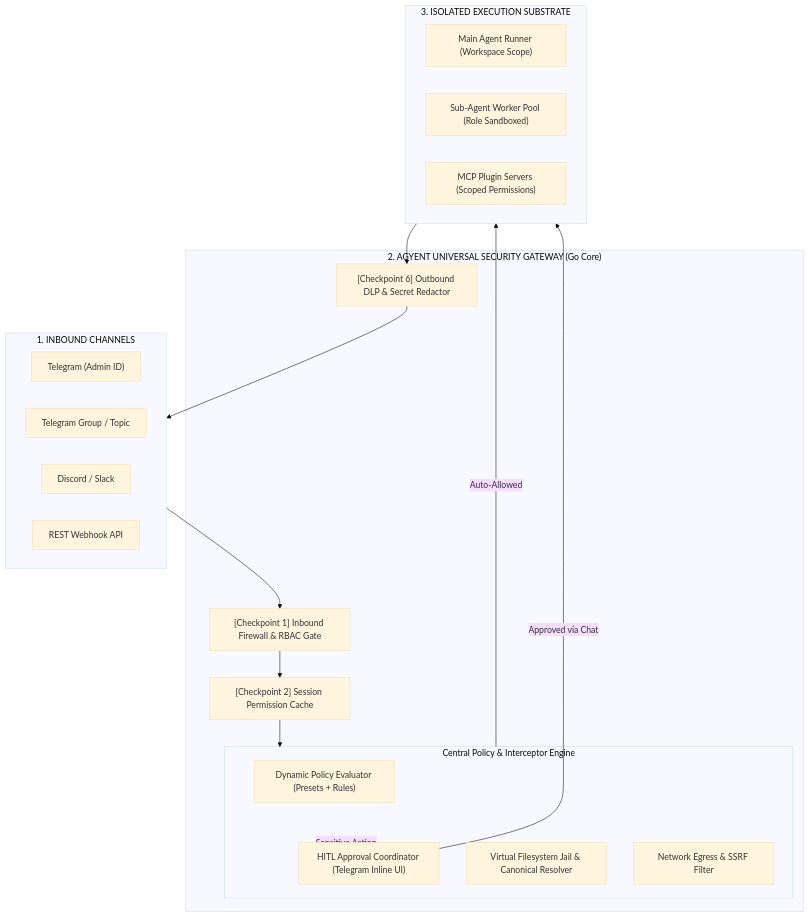
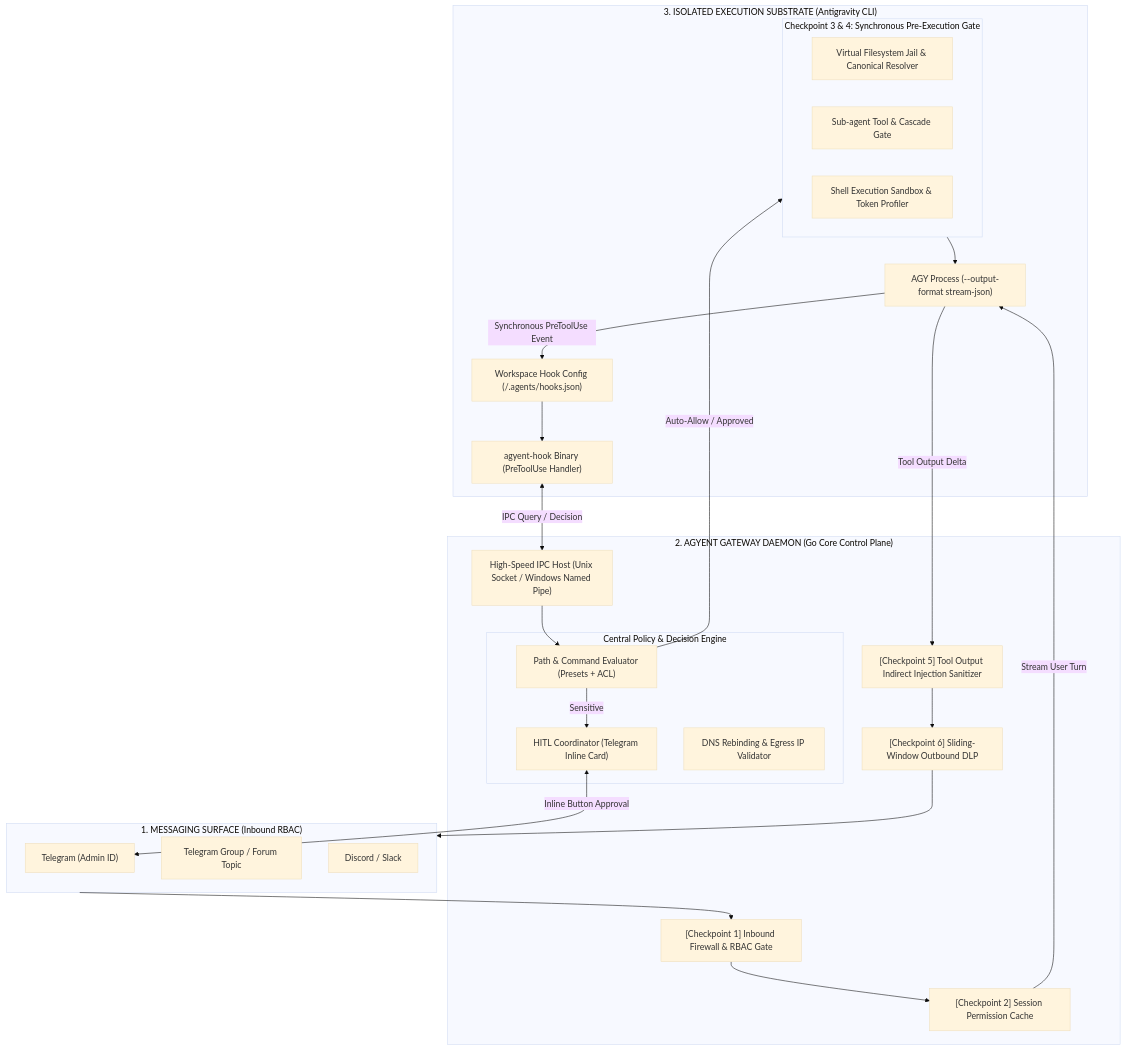
The first of 2 diagrams in docs/security-and-guardrails-architecture.md (khanhbkqt/agyent), drawn with Mermaid (base theme) before and after one commit. The commit also changed other lines of this file and 36 other files, not shown here.

First line of the commit message:
feat(security): implement Milestone 14 Universal AI Security Gateway & Dual-Plane Guardrails

````diff
--- a/docs/security-and-guardrails-architecture.md
+++ b/docs/security-and-guardrails-architecture.md
@@ -24,34 +28,47 @@
 ```mermaid
 flowchart TB
-    subgraph Channels ["1. INBOUND CHANNELS"]
+    subgraph Channels ["1. MESSAGING SURFACE (Inbound RBAC)"]
         TG_Admin["Telegram (Admin ID)"]
-        TG_Group["Telegram Group / Topic"]
+        TG_Group["Telegram Group / Forum Topic"]
         Discord["Discord / Slack"]
-        Webhook["REST Webhook API"]
     end
 
-    subgraph GatewayCore ["2. AGYENT UNIVERSAL SECURITY GATEWAY (Go Core)"]
+    subgraph GatewayCore ["2. AGYENT GATEWAY DAEMON (Go Core Control Plane)"]
         InboundGate["[Checkpoint 1] Inbound Firewall & RBAC Gate"]
         SessionCtx["[Checkpoint 2] Session Permission Cache"]
+        IPCHost["High-Speed IPC Host (Unix Socket / Windows Named Pipe)"]
         
-        subgraph InterceptorEngine ["Central Policy & Interceptor Engine"]
-            PolicyEngine["Dynamic Policy Evaluator (Presets + Rules)"]
-            HITL["HITL Approval Coordinator (Telegram Inline UI)"]
-            PathJail["Virtual Filesystem Jail & Canonical Resolver"]
-            SSRFGuard["Network Egress & SSRF Filter"]
+        subgraph PolicyEngine ["Central Policy & Decision Engine"]
+            RuleMatcher["Path & Command Evaluator (Presets + ACL)"]
+            HITLCoord["HITL Coordinator (Telegram Inline Card)"]
+            SSRFResolver["DNS Rebinding & Egress IP Validator"]
         end
 
-        OutboundDLP["[Checkpoint 6] Outbound DLP & Secret Redactor"]
+        ToolOutputFilter["[Checkpoint 5] Tool Output Indirect Injection Sanitizer"]
+        SlidingDLP["[Checkpoint 6] Sliding-Window Outbound DLP"]
     end
 
-    subgraph ExecutionLayer ["3. ISOLATED EXECUTION SUBSTRATE"]
-        MainHarness["Main Agent Runner (Workspace Scope)"]
-        SubagentPool["Sub-Agent Worker Pool (Role Sandboxed)"]
-        MCPServers["MCP Plugin Servers (Scoped Permissions)"]
+    subgraph AGYSubstrate ["3. ISOLATED EXECUTION SUBSTRATE (Antigravity CLI)"]
+        AGY_CLI["AGY Process (--output-format stream-json)"]
+        WorkspaceHookConfig["Workspace Hook Config (<workspaceDir>/.agents/hooks.json)"]
+        HookBridge["agyent-hook Binary (PreToolUse Handler)"]
+        
+        subgraph ToolExecutionGate ["Checkpoint 3 & 4: Synchronous Pre-Execution Gate"]
+            PathJail["Virtual Filesystem Jail & Canonical Resolver"]
+            SubagentGate["Sub-agent Tool & Cascade Gate"]
+            ShellGate["Shell Execution Sandbox & Token Profiler"]
+        end
     end
 
-    Channels --> InboundGate --> SessionCtx --> InterceptorEngine
-    InterceptorEngine -->|Auto-Allowed| ExecutionLayer
-    InterceptorEngine -->|Sensitive Action| HITL -->|Approved via Chat| ExecutionLayer
-    ExecutionLayer --> OutboundDLP --> Channels
+    Channels --> InboundGate --> SessionCtx
+    SessionCtx -->|Stream User Turn| AGY_CLI
+    
+    AGY_CLI -->|Synchronous PreToolUse Event| WorkspaceHookConfig --> HookBridge
+    HookBridge <-->|IPC Query / Decision| IPCHost
+    IPCHost --> RuleMatcher
+    RuleMatcher -->|Sensitive| HITLCoord <-->|Inline Button Approval| TG_Admin
+    RuleMatcher -->|Auto-Allow / Approved| ToolExecutionGate
+    ToolExecutionGate --> AGY_CLI
+    
+    AGY_CLI -->|Tool Output Delta| ToolOutputFilter --> SlidingDLP --> Channels
 ```
````
